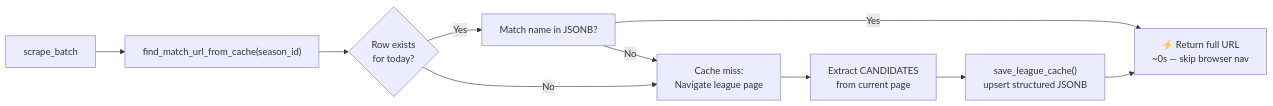
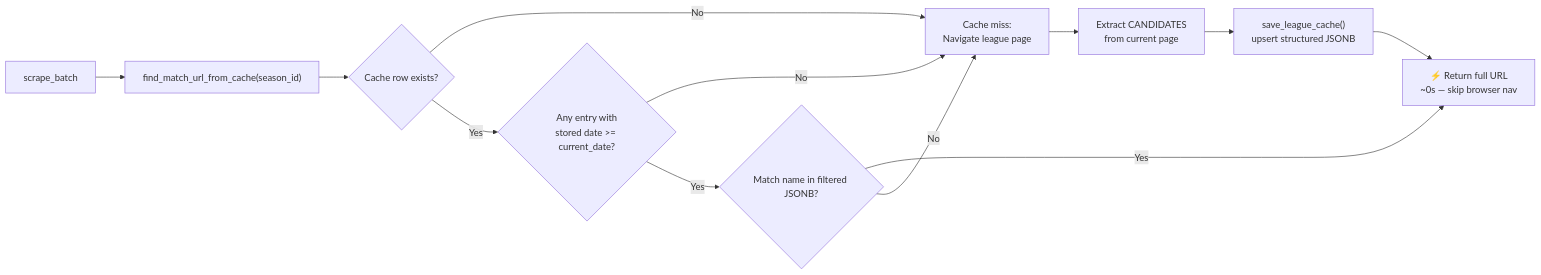
The third of 5 diagrams in oddsportal_scraping.md (GadielRP/scraping_with_api), drawn with Mermaid before and after one commit. The commit also changed other lines of this file and 3 other files, not shown here.

````diff
--- a/oddsportal_scraping.md
+++ b/oddsportal_scraping.md
@@ -192,12 +196,14 @@
 ```mermaid
 flowchart LR
     A["scrape_batch"] --> B["find_match_url_from_cache(season_id)"]
-    B --> C{"Row exists\nfor today?"}
-    C -- Yes --> D["Match name in JSONB?"]
-    D -- Yes --> E["⚡ Return full URL\n~0s — skip browser nav"]
-    D -- No --> F["Cache miss:\nNavigate league page"]
-    C -- No --> F
-    F --> G["Extract CANDIDATES\nfrom current page"]
-    G --> H["save_league_cache()\nupsert structured JSONB"]
-    H --> E
+    B --> C{"Cache row exists?"}
+    C -- No --> F["Cache miss:\nNavigate league page"]
+    C -- Yes --> D{"Any entry with\nstored date >= current_date?"}
+    D -- No --> F
+    D -- Yes --> E{"Match name in filtered JSONB?"}
+    E -- Yes --> G["⚡ Return full URL\n~0s — skip browser nav"]
+    E -- No --> F
+    F --> H["Extract CANDIDATES\nfrom current page"]
+    H --> I["save_league_cache()\nupsert structured JSONB"]
+    I --> G
 ```
````
